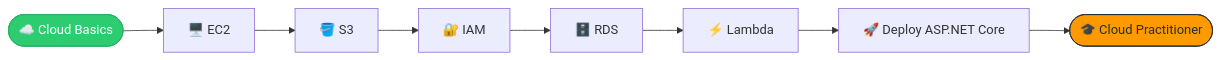
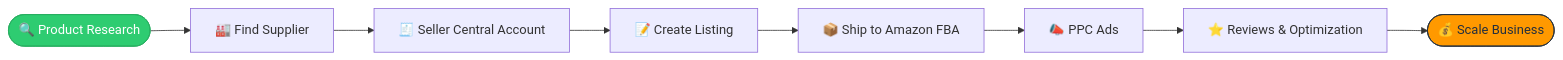
Before and after one commit to Habibkhalqi/Habibkhalqi: the diagram in README.md, drawn with Mermaid. The commit also changed other lines of this file, not shown here.

````diff
--- a/README.md
+++ b/README.md
@@ -87,13 +87,13 @@
 ```mermaid
 flowchart LR
-    A([☁️ Cloud Basics]):::done --> B[🖥️ EC2]
-    B --> C[🪣 S3]
-    C --> D[🔐 IAM]
-    D --> E[🗄️ RDS]
-    E --> F[⚡ Lambda]
-    F --> G[🚀 Deploy ASP.NET Core]
-    G --> H([🎓 Cloud Practitioner]):::goal
+    A([🔍 Product Research]):::done --> B[🏭 Find Supplier]
+    B --> C[🧾 Seller Central Account]
+    C --> D[📝 Create Listing]
+    D --> E[📦 Ship to Amazon FBA]
+    E --> F[📣 PPC Ads]
+    F --> G[⭐ Reviews & Optimization]
+    G --> H([💰 Scale Business]):::goal
 
     classDef done fill:#2ecc71,stroke:#27ae60,color:#fff
     classDef goal fill:#FF9900,stroke:#232F3E,color:#232F3E
 ```
````
